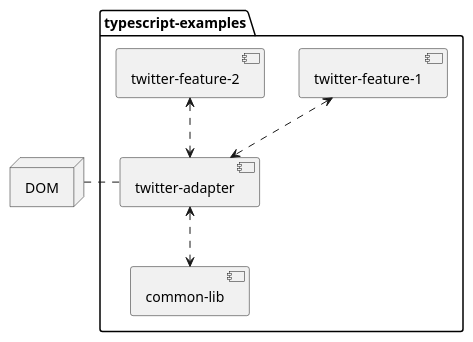
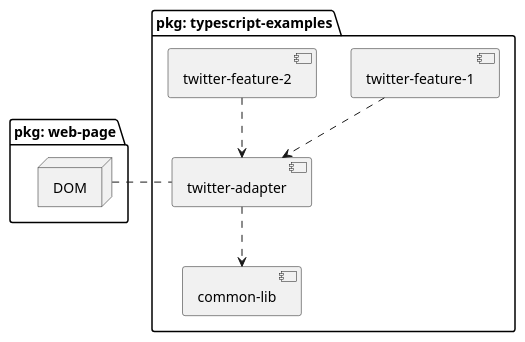
One commit to dapplets/dapplet-extension changed the diagram in docs/uml/typescript-examples.puml. Above: the diagram before and after it, drawn with PlantUML. The commit also changed 2 other files, not shown here.

```diff
--- a/docs/uml/typescript-examples.puml
+++ b/docs/uml/typescript-examples.puml
@@ -1,19 +1,19 @@
 @startuml "typescript-examples"
 
-node DOM
+package "pkg: web-page" {
+    node DOM
+}
 
-package "typescript-examples" {
+package "pkg: typescript-examples" {
     [common-lib]
     [twitter-adapter]
     [twitter-feature-1]
     [twitter-feature-2]
 
+    [twitter-feature-1] ..> [twitter-adapter]
+    [twitter-feature-2] ..> [twitter-adapter]
+    [twitter-adapter] ..> [common-lib]
     [twitter-adapter] ..left.. DOM
-
-    [twitter-feature-1] <..> [twitter-adapter]
-    [twitter-feature-2] <..> [twitter-adapter]
-
-    [twitter-adapter] <..> [common-lib]
 }
 
 @enduml
```
